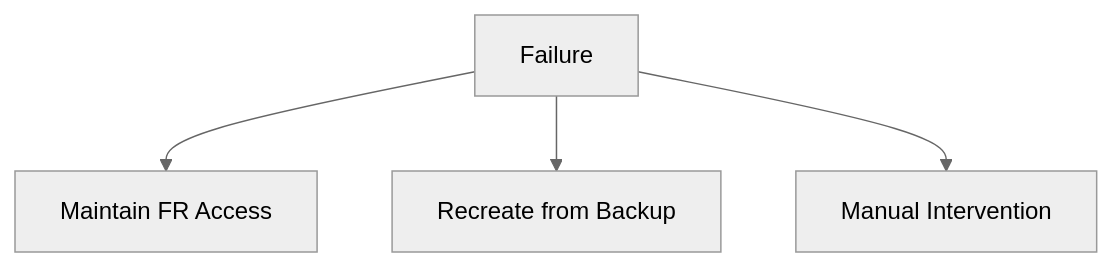
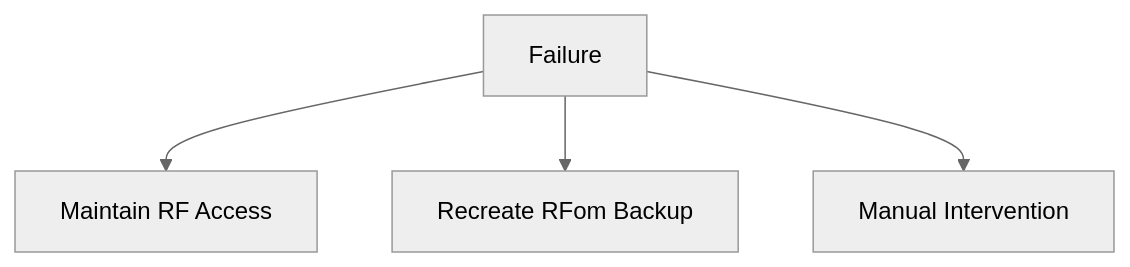
One commit to ahmedHanie93/Personal-projects changed the ninth of 9 diagrams in MorganStanely/test2.md. Above: the diagram before and after it, drawn with Mermaid (neutral theme). The commit also changed other lines of this file, not shown here.

````diff
--- a/MorganStanely/test2.md
+++ b/MorganStanely/test2.md
@@ -427,6 +427,6 @@
 ```mermaid
 flowchart TB
-    Failure --> Step1[Maintain FR Access]
-    Failure --> Step2[Recreate from Backup]
+    Failure --> Step1[Maintain RF Access]
+    Failure --> Step2[Recreate RFom Backup]
     Failure --> Step3[Manual Intervention]
 ```
````
